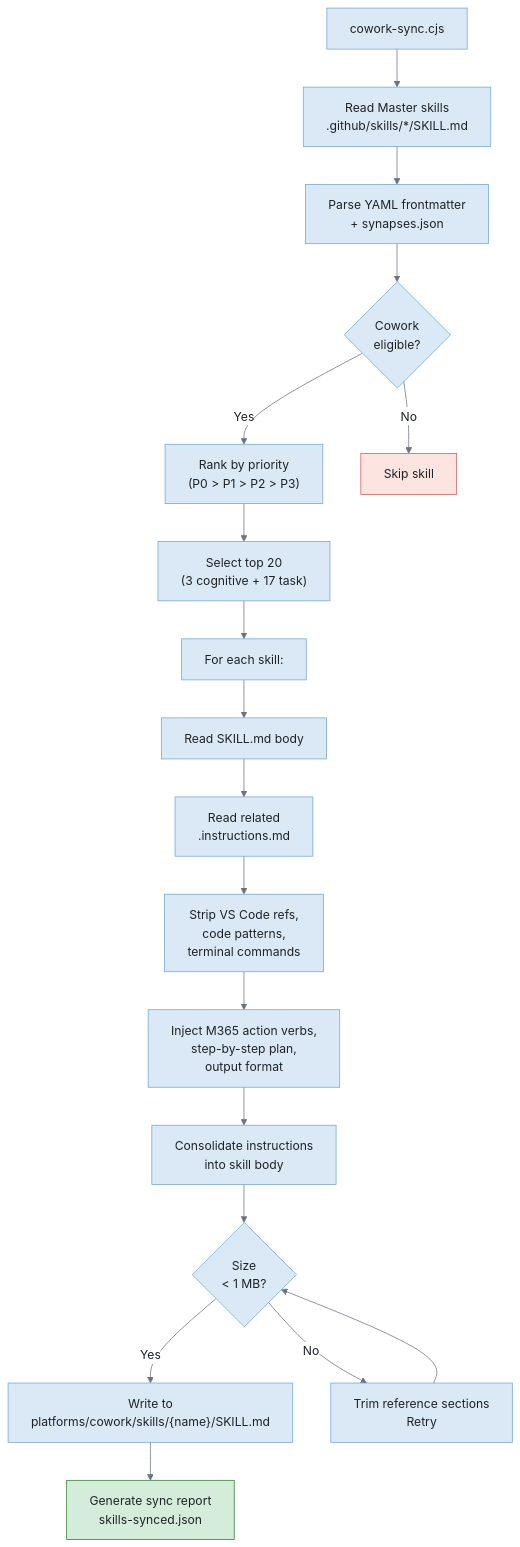
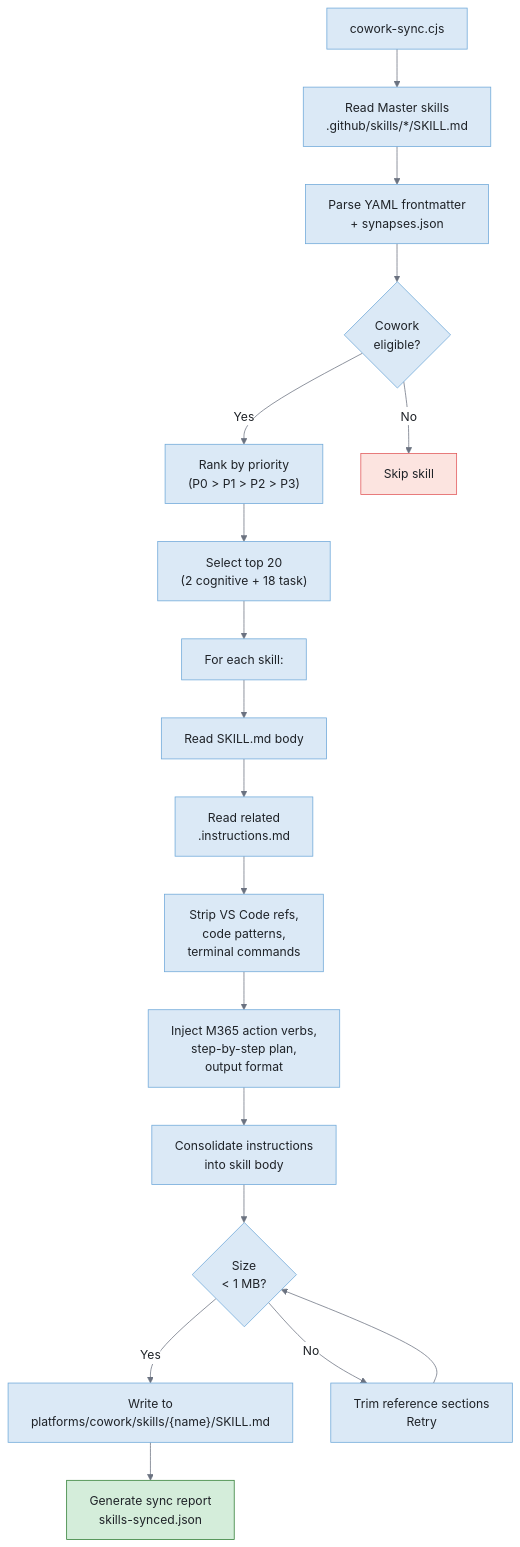
The sixth of 8 diagrams in alex_docs/cowork/ARCHITECTURE.md (fabioc-aloha/Alex_Plug_In), drawn with Mermaid before and after one commit. The commit also changed other lines of this file and 2 other files, not shown here.

````diff
--- a/alex_docs/cowork/ARCHITECTURE.md
+++ b/alex_docs/cowork/ARCHITECTURE.md
@@ -411,32 +406,32 @@
 ```mermaid
 %%{init: {'theme': 'base', 'themeVariables': {'background': '#f8f9fa', 'primaryColor': '#dbe9f6', 'primaryTextColor': '#1f2328', 'primaryBorderColor': '#6ea8d9', 'lineColor': '#6b7280', 'secondaryColor': '#d4f5f7', 'secondaryBorderColor': '#5ab5a0', 'edgeLabelBackground': '#ffffff', 'fontFamily': 'Segoe UI, system-ui, sans-serif'}}}%%
 flowchart TD
     START["cowork-sync.cjs"]
 
     START --> READ["Read Master skills<br/>.github/skills/*/SKILL.md"]
     READ --> PARSE["Parse YAML frontmatter<br/>+ synapses.json"]
     PARSE --> ELIGIBLE{"Cowork<br/>eligible?"}
 
     ELIGIBLE -->|"Yes"| RANK["Rank by priority<br/>(P0 > P1 > P2 > P3)"]
     ELIGIBLE -->|"No"| SKIP["Skip skill"]
 
-    RANK --> TOP20["Select top 20<br/>(3 cognitive + 17 task)"]
+    RANK --> TOP20["Select top 20<br/>(2 cognitive + 18 task)"]
     TOP20 --> TRANSLATE_LOOP["For each skill:"]
 
     TRANSLATE_LOOP --> READ_BODY["Read SKILL.md body"]
     READ_BODY --> READ_INSTR["Read related<br/>.instructions.md"]
     READ_INSTR --> STRIP["Strip VS Code refs,<br/>code patterns,<br/>terminal commands"]
     STRIP --> INJECT["Inject M365 action verbs,<br/>step-by-step plan,<br/>output format"]
     INJECT --> CONSOLIDATE["Consolidate instructions<br/>into skill body"]
     CONSOLIDATE --> SIZE{"Size<br/>< 1 MB?"}
 
     SIZE -->|"Yes"| WRITE["Write to<br/>platforms/cowork/skills/{name}/SKILL.md"]
     SIZE -->|"No"| TRIM["Trim reference sections<br/>Retry"]
     TRIM --> SIZE
 
     WRITE --> REPORT["Generate sync report<br/>skills-synced.json"]
 
     style START fill:#dbe9f6,stroke:#6ea8d9,color:#1f2328
     style REPORT fill:#d4edda,stroke:#2e7d32,color:#1f2328
     style SKIP fill:#fce4e0,stroke:#e15759,color:#1f2328
 ```
````
